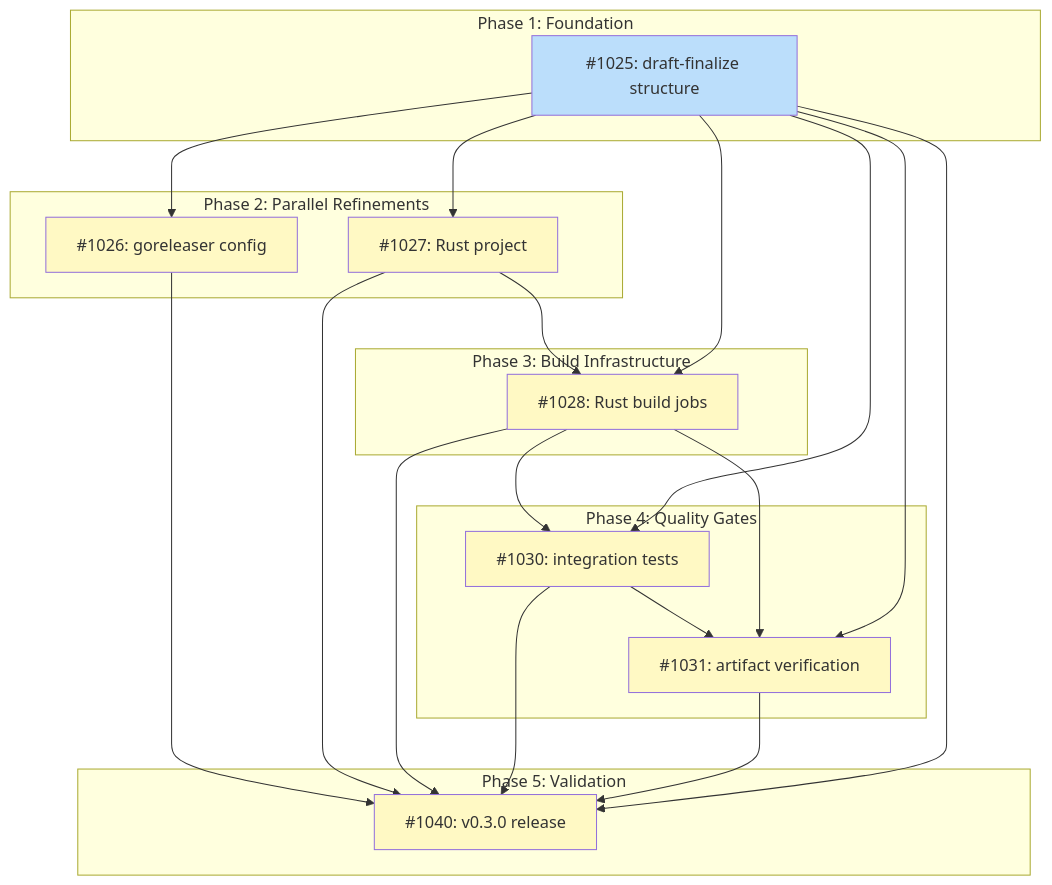
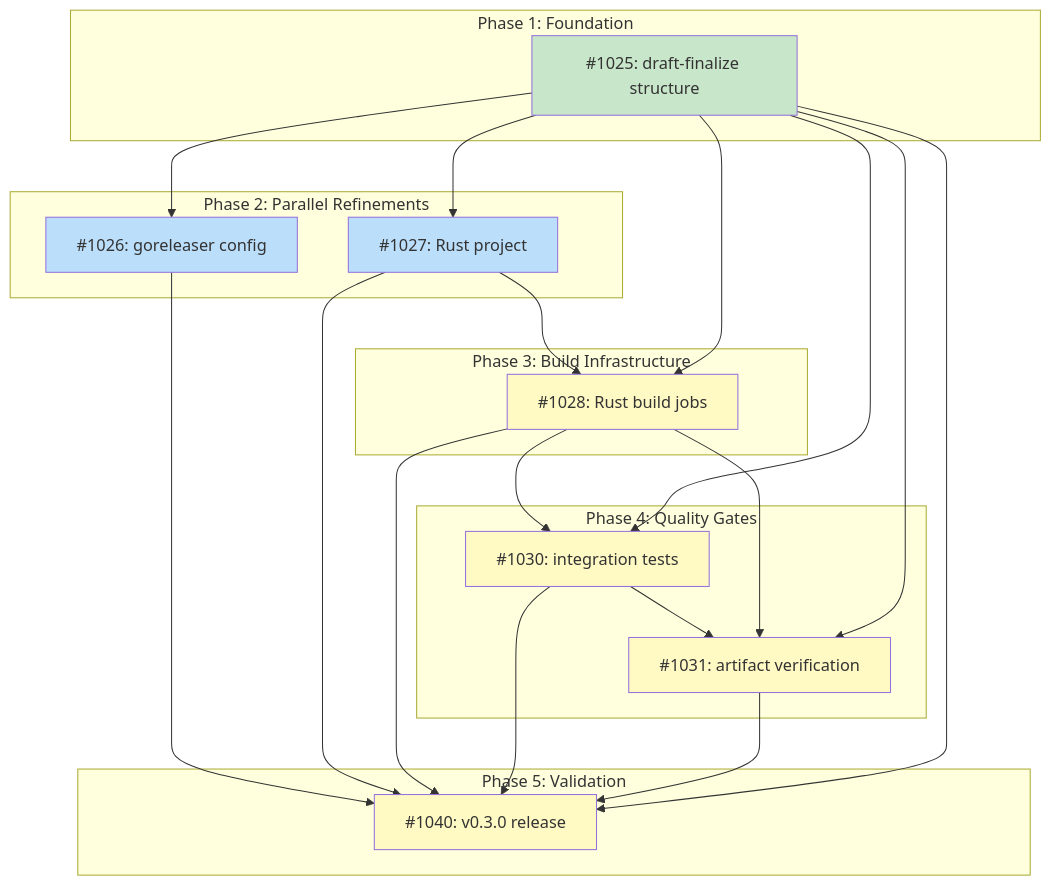
Before and after one commit to tsukumogami/tsuku: the diagram in docs/designs/DESIGN-release-workflow-native.md, drawn with Mermaid. The commit also changed 4 other files, not shown here.

````diff
--- a/docs/designs/DESIGN-release-workflow-native.md
+++ b/docs/designs/DESIGN-release-workflow-native.md
@@ -28,52 +28,52 @@
 ```mermaid
 graph TD
     subgraph Phase1["Phase 1: Foundation"]
         I1025["#1025: draft-finalize structure"]
     end
 
     subgraph Phase2["Phase 2: Parallel Refinements"]
         I1026["#1026: goreleaser config"]
         I1027["#1027: Rust project"]
     end
 
     subgraph Phase3["Phase 3: Build Infrastructure"]
         I1028["#1028: Rust build jobs"]
     end
 
     subgraph Phase4["Phase 4: Quality Gates"]
         I1030["#1030: integration tests"]
         I1031["#1031: artifact verification"]
     end
 
     subgraph Phase5["Phase 5: Validation"]
         I1040["#1040: v0.3.0 release"]
     end
 
     I1025 --> I1026
     I1025 --> I1027
     I1027 --> I1028
     I1025 --> I1028
     I1028 --> I1030
     I1025 --> I1030
     I1030 --> I1031
     I1028 --> I1031
     I1025 --> I1031
     I1026 --> I1040
     I1027 --> I1040
     I1028 --> I1040
     I1030 --> I1040
     I1031 --> I1040
     I1025 --> I1040
 
     classDef done fill:#c8e6c9
     classDef ready fill:#bbdefb
     classDef blocked fill:#fff9c4
     classDef needsDesign fill:#e1bee7
 
-    class I1025 ready
-    class I1026,I1027 blocked
+    class I1025 done
+    class I1026,I1027 ready
     class I1028 blocked
     class I1030 blocked
     class I1031 blocked
     class I1040 blocked
 ```
````
